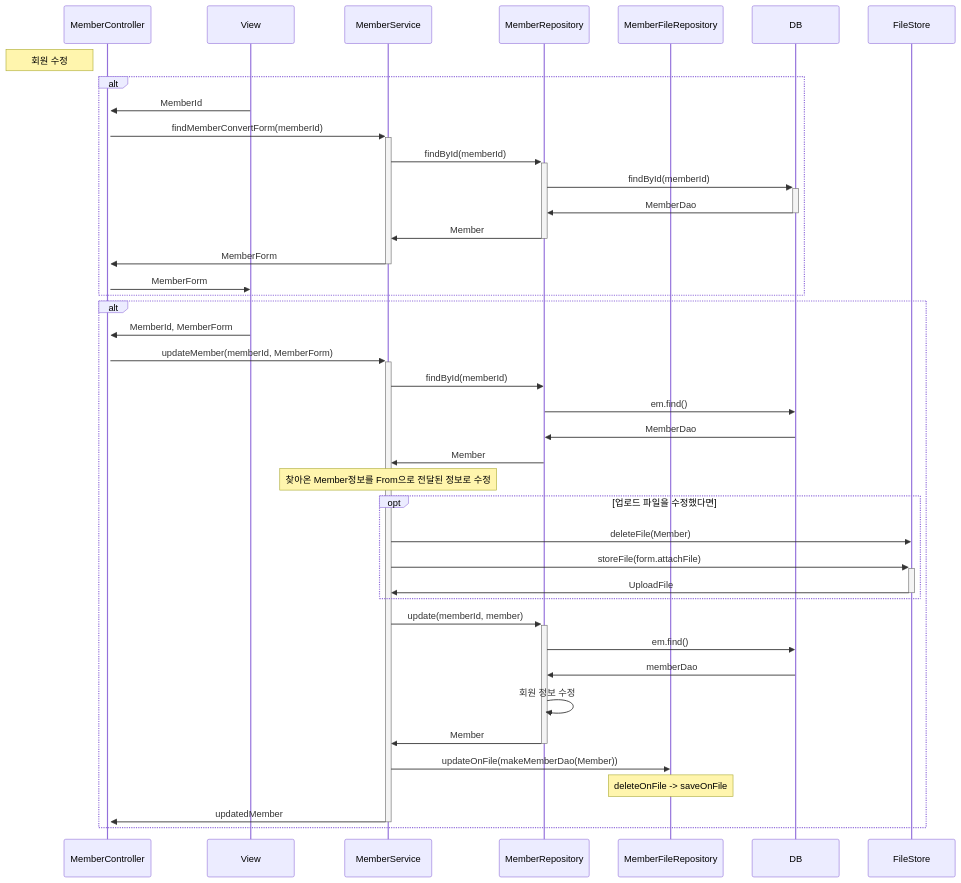
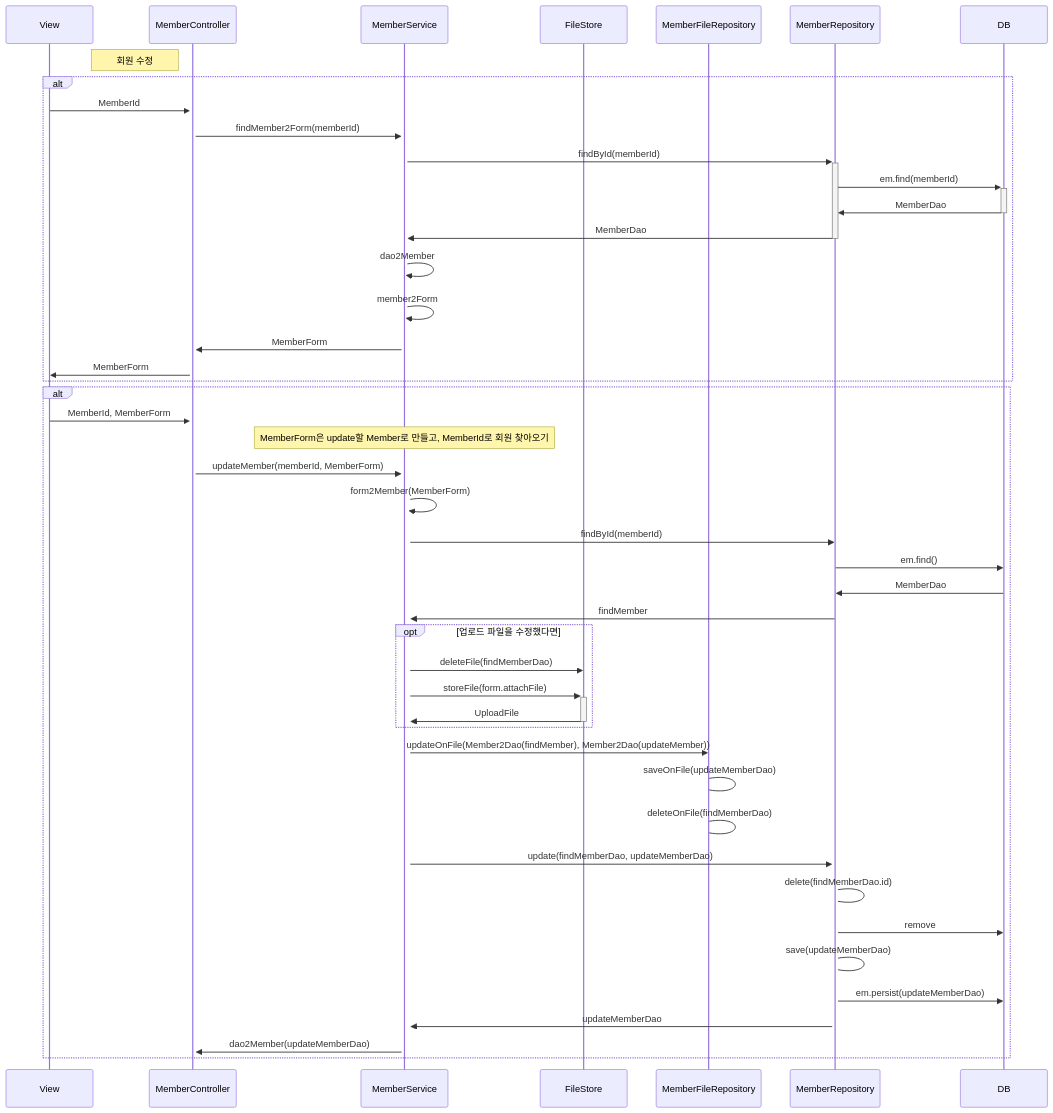
One commit to zittoooo/Page changed the third of 4 diagrams in seq.md. Above: the diagram before and after it, drawn with Mermaid. The commit also changed other lines of this file, not shown here.

Commit message:
update 수정으로 시퀀스 다이어그램 수정

````diff
--- a/seq.md
+++ b/seq.md
@@ -66,44 +63,50 @@
 ```mermaid
 sequenceDiagram
+    participant V as View
     participant C as MemberController
-    participant V as View
-    participant S as MemberService 
-    participant R as MemberRepository
-    participant F as MemberFileRepository 
+    participant S as MemberService
+    participant FS as FileStore
+    participant FR as MemberFileRepository
+    participant R as MemberRepository 
 
     Note left of C: 회원 수정
     alt
     V->>+C:MemberId
-    C->>+S:findMemberConvertForm(memberId)
+    C->>+S:findMember2Form(memberId)
     S->>+R:findById(memberId)
-    R->>+DB:findById(memberId)
+    R->>+DB:em.find(memberId)
     DB->>-R:MemberDao
-    R->>-S:Member
-    S->>-C:MemberForm
+    R->>-S:MemberDao
+    S->>S:dao2Member
+    S->>S:member2Form
+    S->>C:MemberForm
     C->>V:MemberForm
     end
 
     alt
     V->>C:MemberId, MemberForm
+    Note over S:MemberForm은 update할 Member로 만들고, MemberId로 회원 찾아오기
     C->>+S:updateMember(memberId, MemberForm)
+    S->>S:form2Member(MemberForm)
     S->>R:findById(memberId)
     R->>DB:em.find()
     DB->>R:MemberDao
-    R->>S:Member
-    Note over S:찾아온 Member정보를 From으로 전달된 정보로 수정
+    R->>S:findMember
     opt 업로드 파일을 수정했다면
-        S->>FileStore:deleteFile(Member)
-        S->>+FileStore:storeFile(form.attachFile)
-        FileStore->>-S:UploadFile
+        S->>FS:deleteFile(findMemberDao)
+        S->>+FS:storeFile(form.attachFile)
+        FS->>-S:UploadFile
     end
-    S->>+R:update(memberId, member)
-    R->>DB:em.find()
-    DB->>R:memberDao
-    R->>R:회원 정보 수정
-    R->>-S: Member
-    S->>F:updateOnFile(makeMemberDao(Member))
-    Note over F:deleteOnFile -> saveOnFile
-    S->>-C:updatedMember
+    S->>FR:updateOnFile(Member2Dao(findMember), Member2Dao(updateMember))
+    FR->FR:saveOnFile(updateMemberDao)
+    FR->FR:deleteOnFile(findMemberDao)
+    S->>+R:update(findMemberDao, updateMemberDao)
+    R->R:delete(findMemberDao.id)
+    R->>DB:remove
+    R->R:save(updateMemberDao)
+    R->>DB:em.persist(updateMemberDao)
+    R->>S:updateMemberDao
+    S->>C: dao2Member(updateMemberDao)
     end
 
 ```
````
